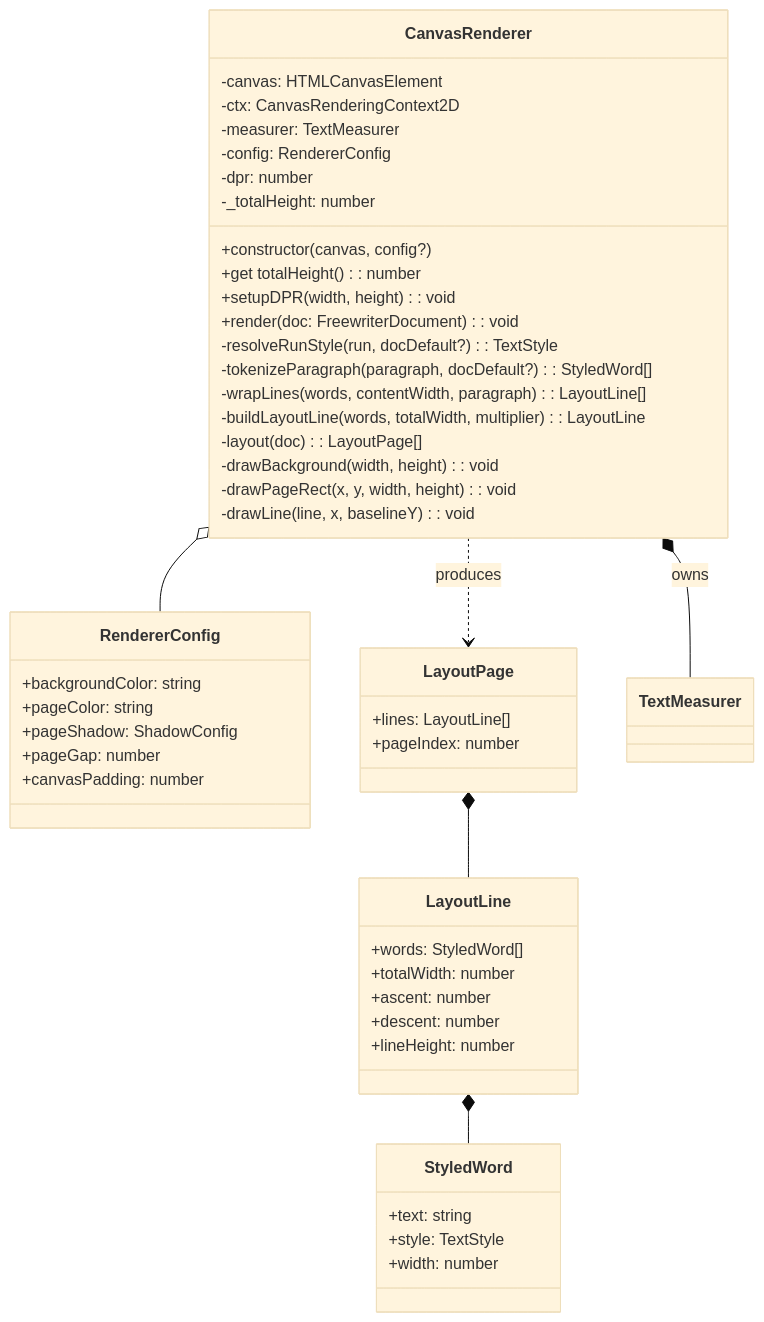
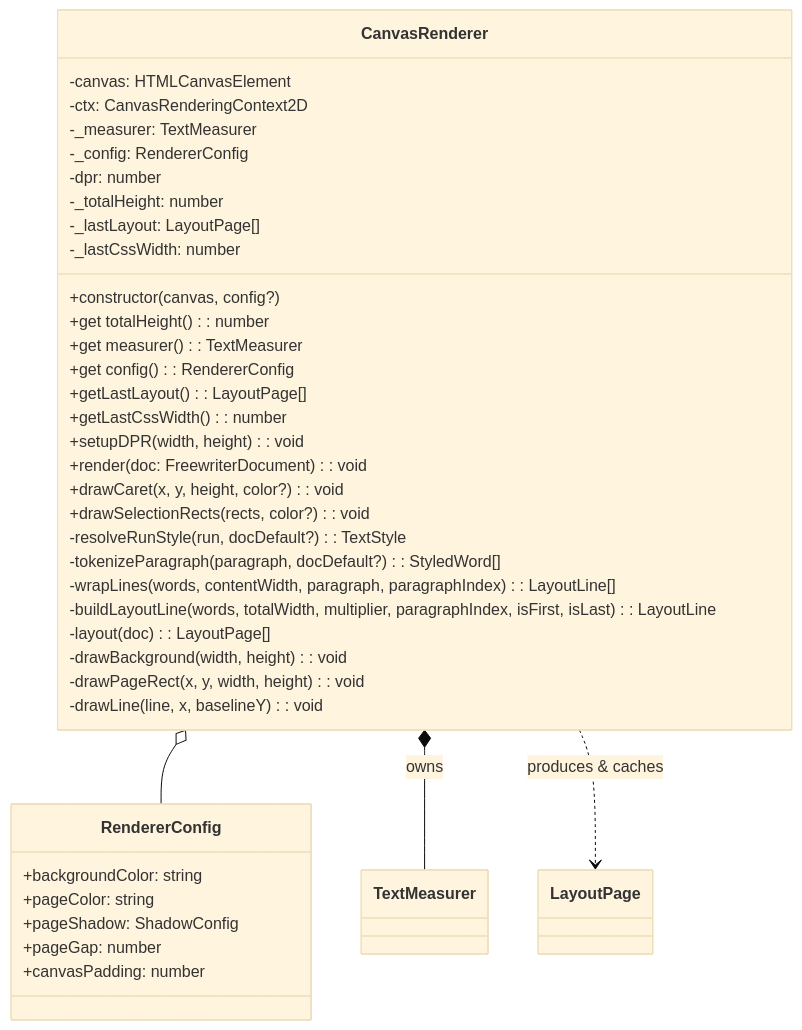
The ninth of 18 diagrams in packages/core/ARCHITECTURE.md (MadhushaSUM/freewriter), drawn with Mermaid (base theme) before and after one commit. The commit also changed other lines of this file and 20 other files, not shown here.

Commit message:
feat: implement comprehensive mouse interaction system for selection and caret placement

````diff
--- a/packages/core/ARCHITECTURE.md
+++ b/packages/core/ARCHITECTURE.md
@@ -184,56 +496,43 @@
 ```mermaid
 classDiagram
     class CanvasRenderer {
         -canvas: HTMLCanvasElement
         -ctx: CanvasRenderingContext2D
-        -measurer: TextMeasurer
-        -config: RendererConfig
+        -_measurer: TextMeasurer
+        -_config: RendererConfig
         -dpr: number
         -_totalHeight: number
+        -_lastLayout: LayoutPage[]
+        -_lastCssWidth: number
         +constructor(canvas, config?)
         +get totalHeight(): number
+        +get measurer(): TextMeasurer
+        +get config(): RendererConfig
+        +getLastLayout(): LayoutPage[]
+        +getLastCssWidth(): number
         +setupDPR(width, height): void
         +render(doc: FreewriterDocument): void
+        +drawCaret(x, y, height, color?): void
+        +drawSelectionRects(rects, color?): void
         -resolveRunStyle(run, docDefault?): TextStyle
         -tokenizeParagraph(paragraph, docDefault?): StyledWord[]
-        -wrapLines(words, contentWidth, paragraph): LayoutLine[]
-        -buildLayoutLine(words, totalWidth, multiplier): LayoutLine
+        -wrapLines(words, contentWidth, paragraph, paragraphIndex): LayoutLine[]
+        -buildLayoutLine(words, totalWidth, multiplier, paragraphIndex, isFirst, isLast): LayoutLine
         -layout(doc): LayoutPage[]
         -drawBackground(width, height): void
         -drawPageRect(x, y, width, height): void
         -drawLine(line, x, baselineY): void
     }
 
     class RendererConfig {
         +backgroundColor: string
         +pageColor: string
         +pageShadow: ShadowConfig
         +pageGap: number
         +canvasPadding: number
     }
 
-    class StyledWord {
-        +text: string
-        +style: TextStyle
-        +width: number
-    }
-
-    class LayoutLine {
-        +words: StyledWord[]
-        +totalWidth: number
-        +ascent: number
-        +descent: number
-        +lineHeight: number
-    }
-
-    class LayoutPage {
-        +lines: LayoutLine[]
-        +pageIndex: number
-    }
-
     CanvasRenderer o-- RendererConfig
     CanvasRenderer *-- TextMeasurer : owns
-    CanvasRenderer ..> LayoutPage : produces
-    LayoutPage *-- LayoutLine
-    LayoutLine *-- StyledWord
+    CanvasRenderer ..> LayoutPage : produces & caches
 ```
````
